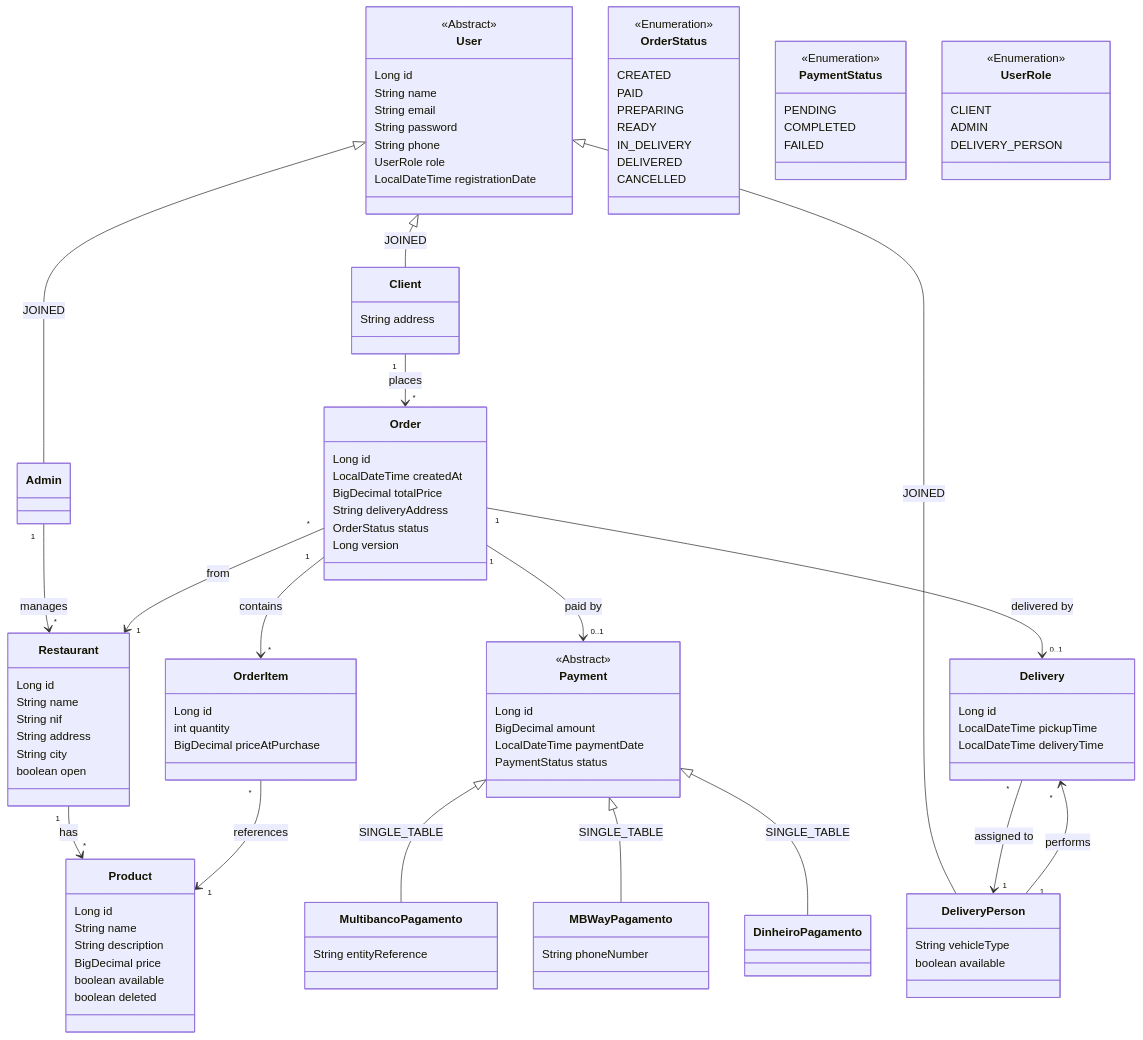
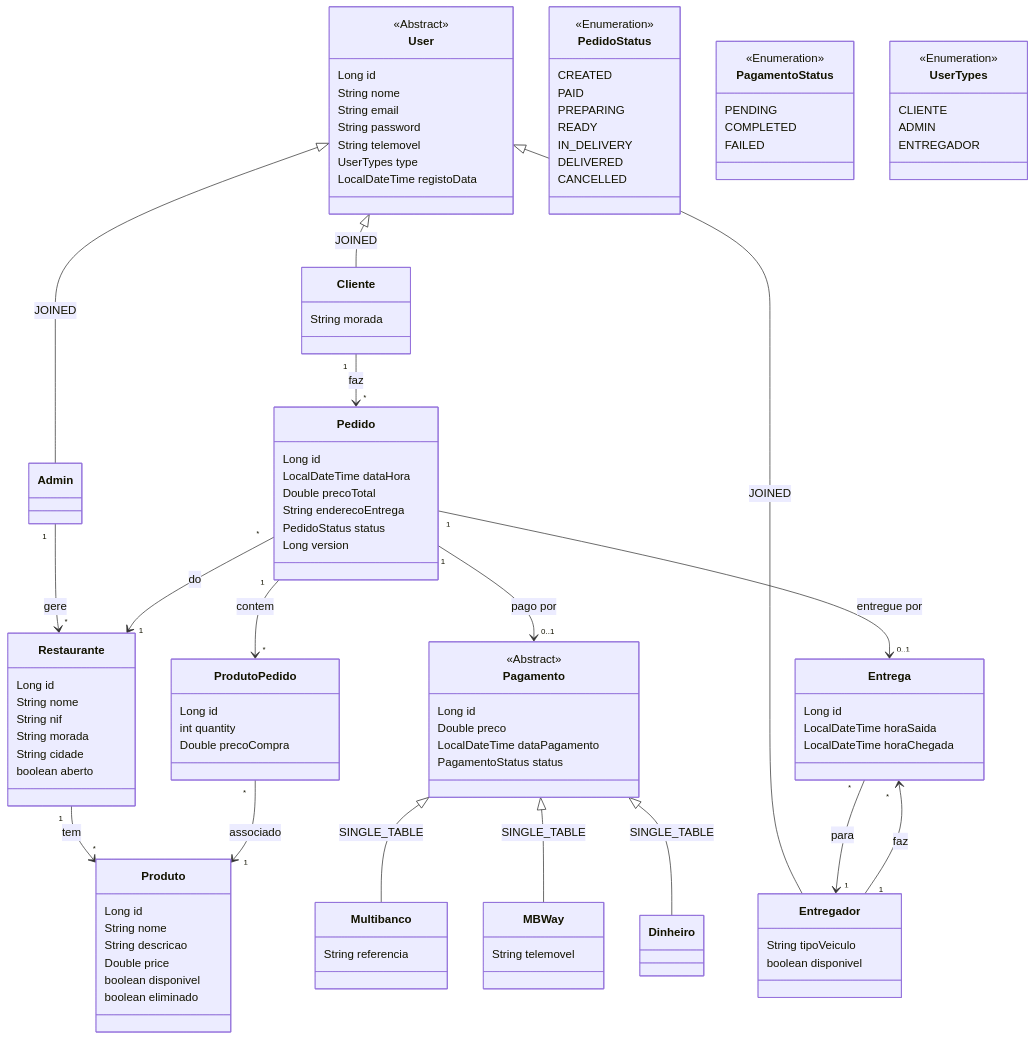
The first of 2 diagrams in docs/domain-model.md (GuiSarreira/CSS_TascaEats), drawn with Mermaid before and after one commit. The commit also changed other lines of this file and 2 other files, not shown here.

Commit message:
atualização

````diff
--- a/docs/domain-model.md
+++ b/docs/domain-model.md
@@ -9,85 +9,85 @@
     class User {
         <<Abstract>>
         Long id
-        String name
+        String nome
         String email
         String password
-        String phone
-        UserRole role
-        LocalDateTime registrationDate
+        String telemovel
+        UserTypes type
+        LocalDateTime registoData
     }
 
-    class Client {
-        String address
+    class Cliente {
+        String morada
     }
 
     class Admin {
     }
 
-    class DeliveryPerson {
-        String vehicleType
-        boolean available
+    class Entregador {
+        String tipoVeiculo
+        boolean disponivel
     }
 
-    class Restaurant {
+    class Restaurante {
         Long id
-        String name
+        String nome
         String nif
-        String address
-        String city
-        boolean open
+        String morada
+        String cidade
+        boolean aberto
     }
 
-    class Product {
+    class Produto {
         Long id
-        String name
-        String description
-        BigDecimal price
-        boolean available
-        boolean deleted
+        String nome
+        String descricao
+        Double price
+        boolean disponivel
+        boolean eliminado
     }
 
-    class Order {
+    class Pedido {
         Long id
-        LocalDateTime createdAt
-        BigDecimal totalPrice
-        String deliveryAddress
-        OrderStatus status
+        LocalDateTime dataHora
+        Double precoTotal
+        String enderecoEntrega
+        PedidoStatus status
         Long version
     }
 
-    class OrderItem {
+    class ProdutoPedido {
         Long id
         int quantity
-        BigDecimal priceAtPurchase
+        Double precoCompra
     }
 
-    class Payment {
+    class Pagamento {
         <<Abstract>>
         Long id
-        BigDecimal amount
-        LocalDateTime paymentDate
-        PaymentStatus status
+        Double preco
+        LocalDateTime dataPagamento
+        PagamentoStatus status
     }
 
-    class MultibancoPagamento {
-        String entityReference
+    class Multibanco {
+        String referencia
     }
 
-    class MBWayPagamento {
-        String phoneNumber
+    class MBWay {
+        String telemovel
     }
 
-    class DinheiroPagamento {
+    class Dinheiro {
     }
 
-    class Delivery {
+    class Entrega {
         Long id
-        LocalDateTime pickupTime
-        LocalDateTime deliveryTime
+        LocalDateTime horaSaida
+        LocalDateTime horaChegada
     }
 
-    class OrderStatus {
+    class PedidoStatus {
         <<Enumeration>>
         CREATED
         PAID
@@ -98,38 +98,38 @@
         CANCELLED
     }
 
-    class PaymentStatus {
+    class PagamentoStatus {
         <<Enumeration>>
         PENDING
         COMPLETED
         FAILED
     }
 
-    class UserRole {
+    class UserTypes {
         <<Enumeration>>
-        CLIENT
+        CLIENTE
         ADMIN
-        DELIVERY_PERSON
+        ENTREGADOR
     }
 
-    User <|-- Client : JOINED
+    User <|-- Cliente : JOINED
     User <|-- Admin : JOINED
-    User <|-- DeliveryPerson : JOINED
+    User <|-- Entregador : JOINED
 
-    Payment <|-- MultibancoPagamento : SINGLE_TABLE
-    Payment <|-- MBWayPagamento : SINGLE_TABLE
-    Payment <|-- DinheiroPagamento : SINGLE_TABLE
+    Pagamento <|-- Multibanco : SINGLE_TABLE
+    Pagamento <|-- MBWay : SINGLE_TABLE
+    Pagamento <|-- Dinheiro : SINGLE_TABLE
 
-    Client "1" --> "*" Order : places
-    Admin "1" --> "*" Restaurant : manages
-    DeliveryPerson "1" --> "*" Delivery : performs
+    Cliente "1" --> "*" Pedido : faz
+    Admin "1" --> "*" Restaurante : gere
+    Entregador "1" --> "*" Entrega : faz
 
-    Restaurant "1" --> "*" Product : has
-    Order "*" --> "1" Restaurant : from
-    Order "1" --> "*" OrderItem : contains
-    Order "1" --> "0..1" Payment : paid by
-    Order "1" --> "0..1" Delivery : delivered by
+    Restaurante "1" --> "*" Produto : tem
+    Pedido "*" --> "1" Restaurante : do
+    Pedido "1" --> "*" ProdutoPedido : contem
+    Pedido "1" --> "0..1" Pagamento : pago por
+    Pedido "1" --> "0..1" Entrega : entregue por
 
-    OrderItem "*" --> "1" Product : references
-    Delivery "*" --> "1" DeliveryPerson : assigned to
+    ProdutoPedido "*" --> "1" Produto : associado
+    Entrega "*" --> "1" Entregador : para
 ```
````
